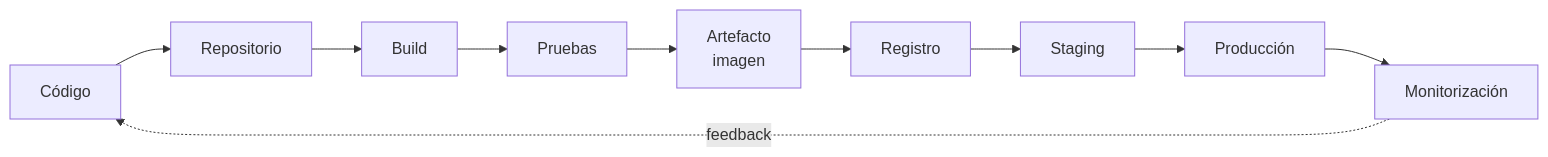
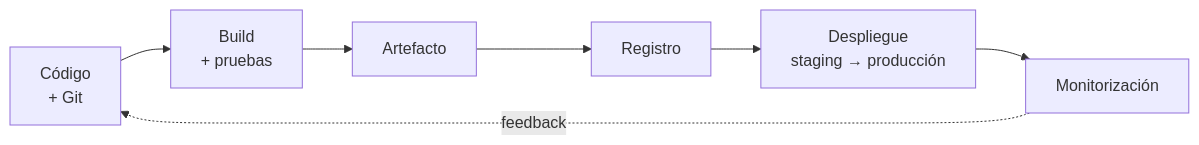
The eighth of 8 diagrams in docs/tema1/arquitecturas-despliegue.md (alejandroroig/despliegue-daw), drawn with Mermaid before and after one commit. The commit also changed other lines of this file and 14 other files, not shown here.

````diff
--- a/docs/tema1/arquitecturas-despliegue.md
+++ b/docs/tema1/arquitecturas-despliegue.md
@@ -332,12 +316,9 @@
 ```mermaid
 flowchart LR
-    C["Código"] --> R["Repositorio"]
-    R --> B["Build"]
-    B --> T["Pruebas"]
-    T --> A["Artefacto<br/>imagen"]
+    C["Código<br/>+ Git"] --> B["Build<br/>+ pruebas"]
+    B --> A["Artefacto"]
     A --> G["Registro"]
-    G --> S["Staging"]
-    S --> P["Producción"]
-    P --> O["Monitorización"]
+    G --> D["Despliegue<br/>staging → producción"]
+    D --> O["Monitorización"]
     O -. "feedback" .-> C
 ```
````
